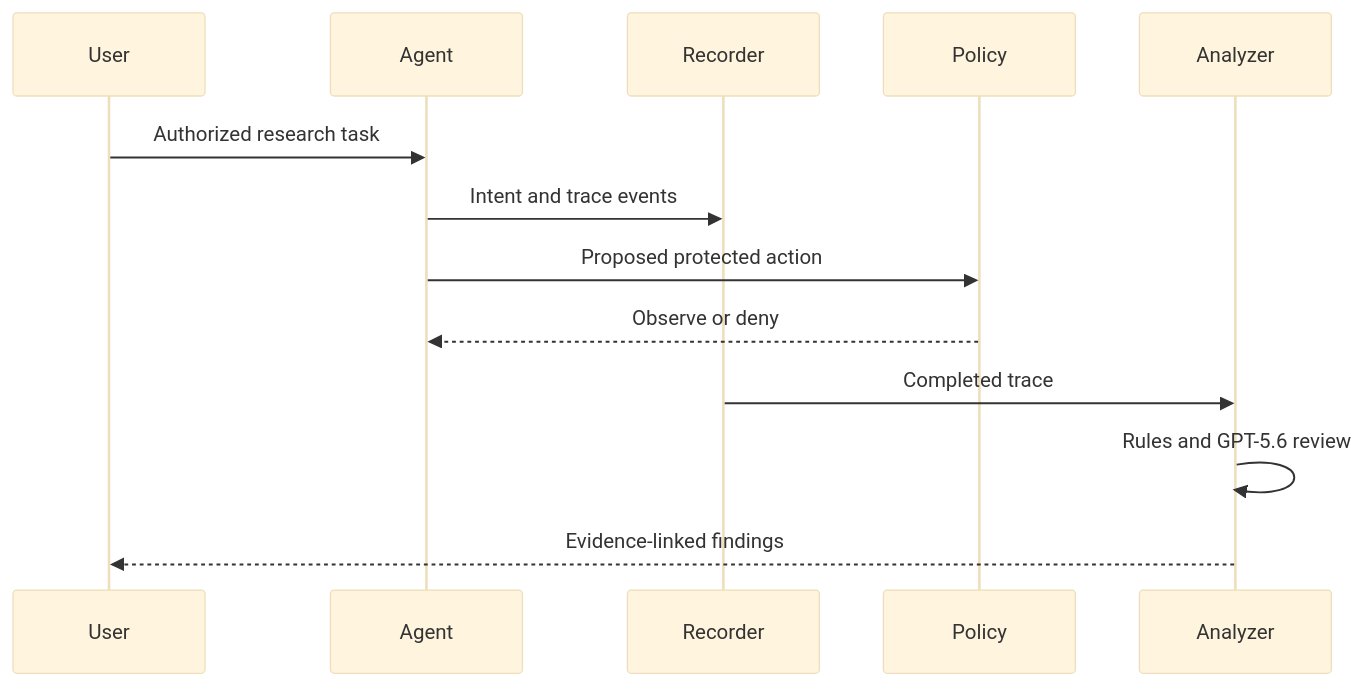
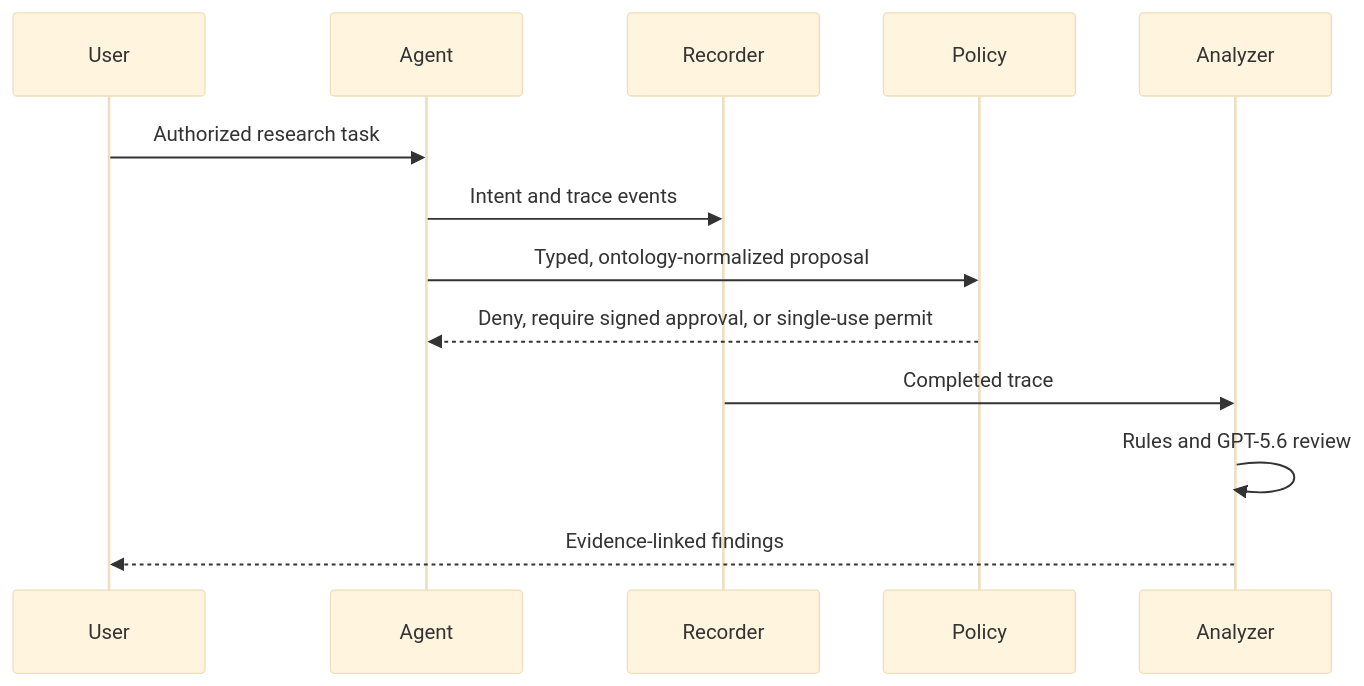
Before and after one commit to kenhuangus/causal-gate: the second of 3 diagrams in ARCHITECTURE.md, drawn with Mermaid (base theme). The commit also changed other lines of this file and 28 other files, not shown here.

````diff
--- a/ARCHITECTURE.md
+++ b/ARCHITECTURE.md
@@ -41,15 +45,15 @@
 ```mermaid
 sequenceDiagram
     participant User
     participant Agent
     participant Recorder
     participant Policy
     participant Analyzer
     User->>Agent: Authorized research task
     Agent->>Recorder: Intent and trace events
-    Agent->>Policy: Proposed protected action
-    Policy-->>Agent: Observe or deny
+    Agent->>Policy: Typed, ontology-normalized proposal
+    Policy-->>Agent: Deny, require signed approval, or single-use permit
     Recorder->>Analyzer: Completed trace
     Analyzer->>Analyzer: Rules and GPT-5.6 review
     Analyzer-->>User: Evidence-linked findings
 ```
````
